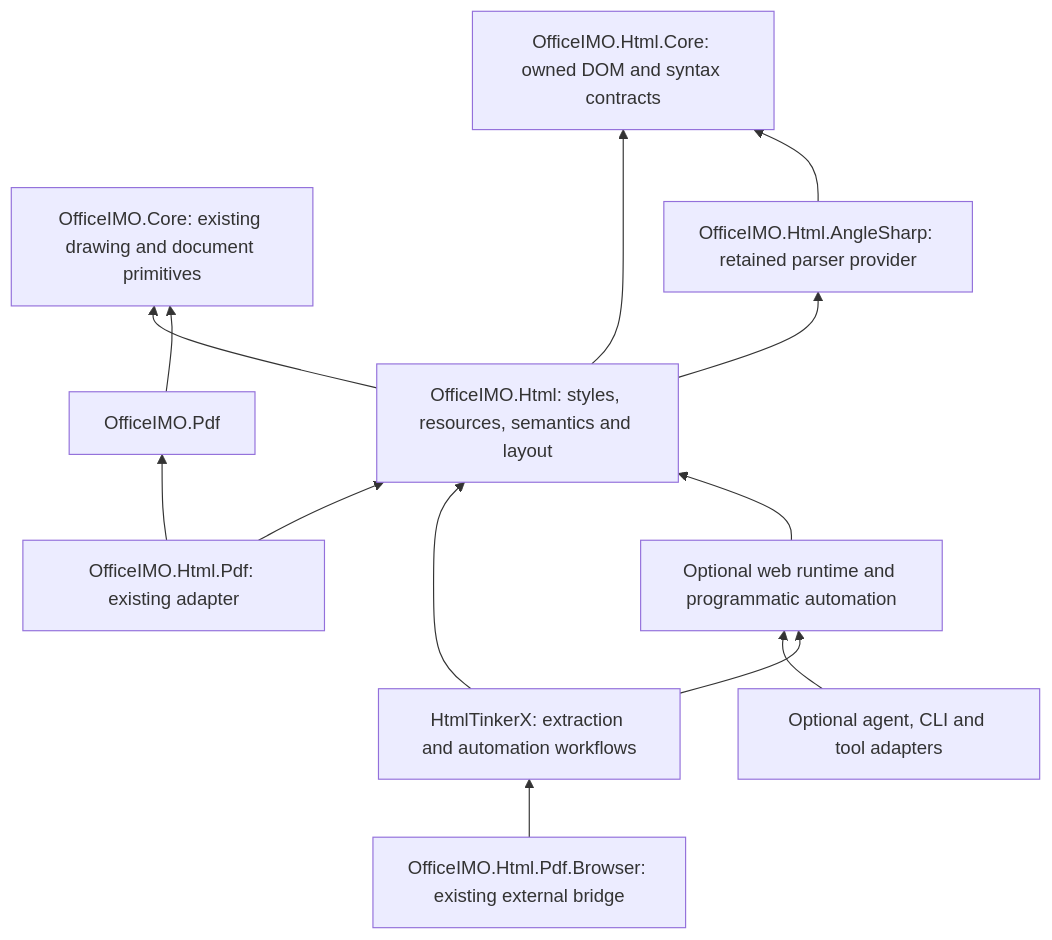
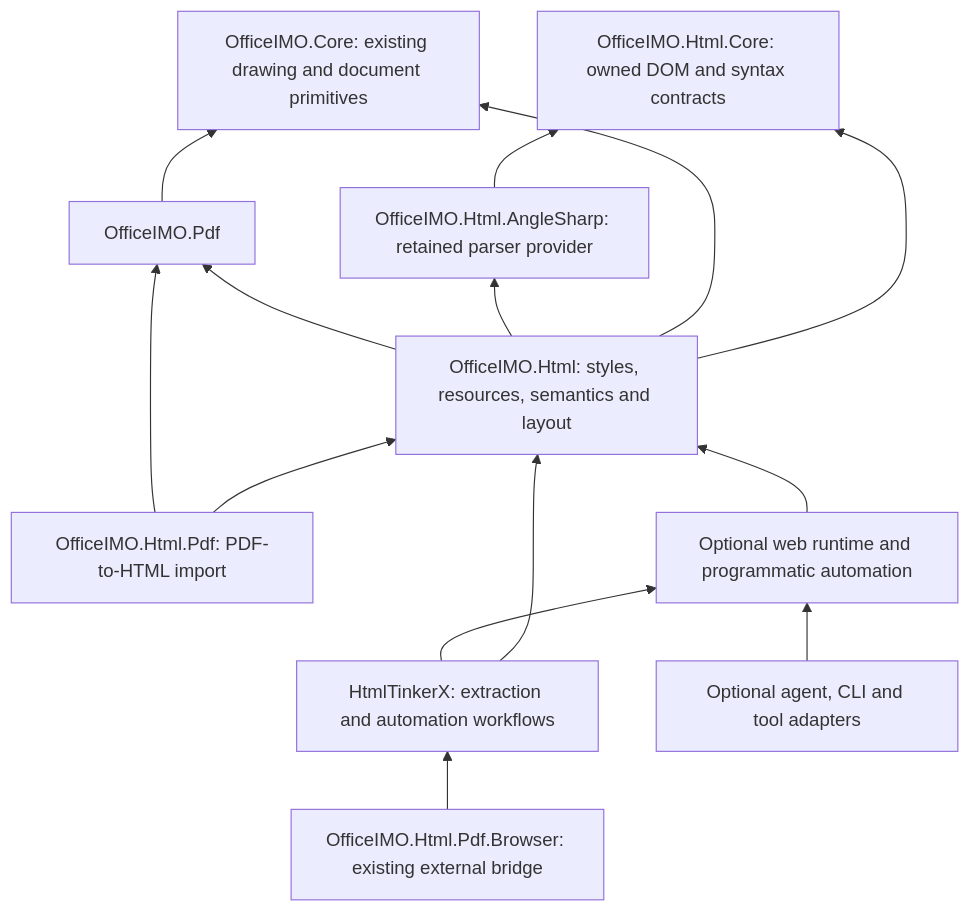
Before and after one commit to EvotecIT/OfficeIMO: the first of 2 diagrams in Docs/officeimo.html-engine-design.md, drawn with Mermaid. The commit also changed other lines of this file and 71 other files, not shown here.

Commit message:
Unify HTML page images with PDF layout and preserve shaped glyphs

````diff
--- a/Docs/officeimo.html-engine-design.md
+++ b/Docs/officeimo.html-engine-design.md
@@ -85,17 +85,18 @@
 ```mermaid
 flowchart BT
     HC[OfficeIMO.Html.Core: owned DOM and syntax contracts]
     OC[OfficeIMO.Core: existing drawing and document primitives]
     H[OfficeIMO.Html: styles, resources, semantics and layout] --> HC
     H --> OC
     A[OfficeIMO.Html.AngleSharp: retained parser provider] --> HC
     H --> A
-    P[OfficeIMO.Html.Pdf: existing adapter] --> H
-    P --> PDF[OfficeIMO.Pdf]
+    H --> PDF[OfficeIMO.Pdf]
+    P[OfficeIMO.Html.Pdf: PDF-to-HTML import] --> H
+    P --> PDF
     PDF --> OC
     T[HtmlTinkerX: extraction and automation workflows] --> H
     R[Optional web runtime and programmatic automation] --> H
     G[Optional agent, CLI and tool adapters] --> R
     T --> R
     B[OfficeIMO.Html.Pdf.Browser: existing external bridge] --> T
 ```
````
